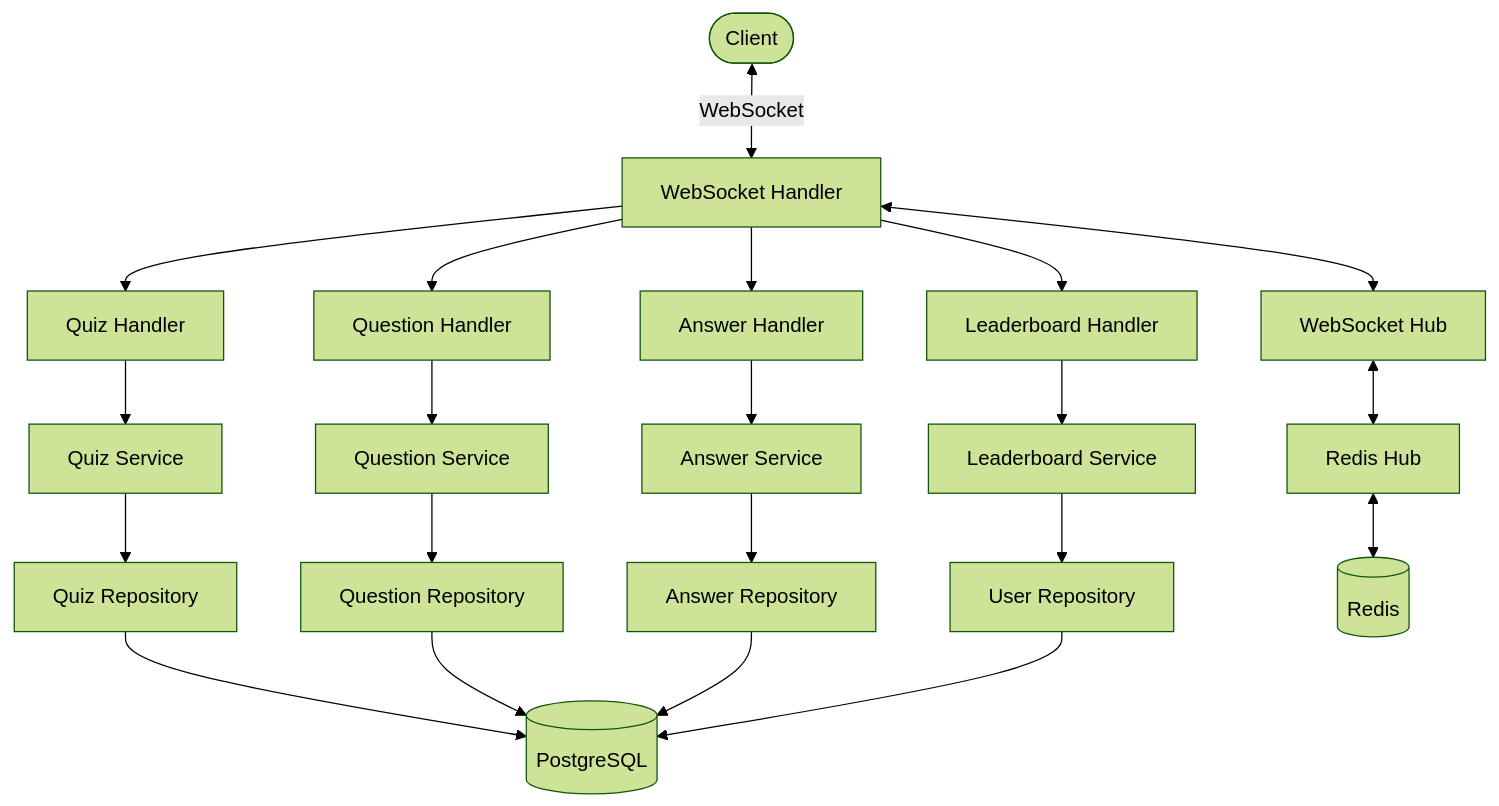
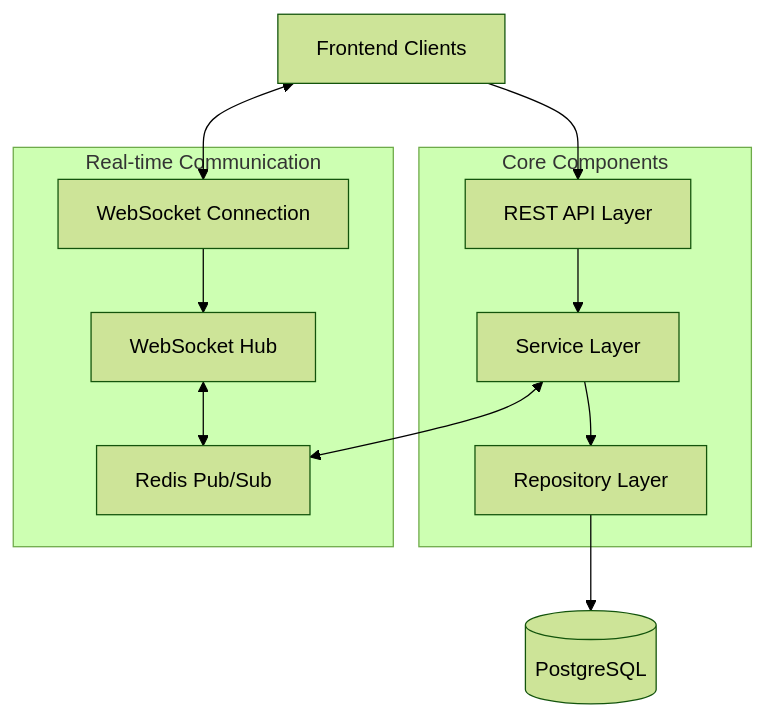
Before and after one commit to dinhkhaphancs/real-time-quiz-backend: the first of 3 diagrams in README.md, drawn with Mermaid (forest theme). The commit also changed other lines of this file and 27 other files, not shown here.

First line of the commit message:
Refactor user management and quiz participation logic

````diff
--- a/README.md
+++ b/README.md
@@ -44,28 +29,23 @@
 ```mermaid
 graph TD
-    Client([Client]) <-->|WebSocket| WebSocketHandler[WebSocket Handler]
-    WebSocketHandler <--> Hub[WebSocket Hub]
-    Hub <--> RedisHub[Redis Hub]
+    Client[Frontend Clients] --> API[REST API Layer]
+    Client <--> WS[WebSocket Connection]
+    API --> Services[Service Layer]
+    WS --> Hub[WebSocket Hub]
+    Hub <--> Redis[Redis Pub/Sub]
+    Services --> Repositories[Repository Layer]
+    Repositories --> DB[(PostgreSQL)]
+    Services <--> Redis
     
-    WebSocketHandler --> QuizHandler[Quiz Handler]
-    WebSocketHandler --> QuestionHandler[Question Handler]
-    WebSocketHandler --> AnswerHandler[Answer Handler]
-    WebSocketHandler --> LeaderboardHandler[Leaderboard Handler]
+    subgraph "Core Components"
+        API
+        Services
+        Repositories
+    end
     
-    QuizHandler --> QuizService[Quiz Service]
-    QuestionHandler --> QuestionService[Question Service]
-    AnswerHandler --> AnswerService[Answer Service]
-    LeaderboardHandler --> LeaderboardService[Leaderboard Service]
-    
-    QuizService --> QuizRepository[Quiz Repository]
-    QuestionService --> QuestionRepository[Question Repository]
-    AnswerService --> AnswerRepository[Answer Repository]
-    LeaderboardService --> UserRepository[User Repository]
-    
-    QuizRepository --> PostgreSQL[(PostgreSQL)]
-    QuestionRepository --> PostgreSQL
-    AnswerRepository --> PostgreSQL
-    UserRepository --> PostgreSQL
-    
-    RedisHub <--> Redis[(Redis)]
+    subgraph "Real-time Communication"
+        WS
+        Hub
+        Redis
+    end
 ```
````
